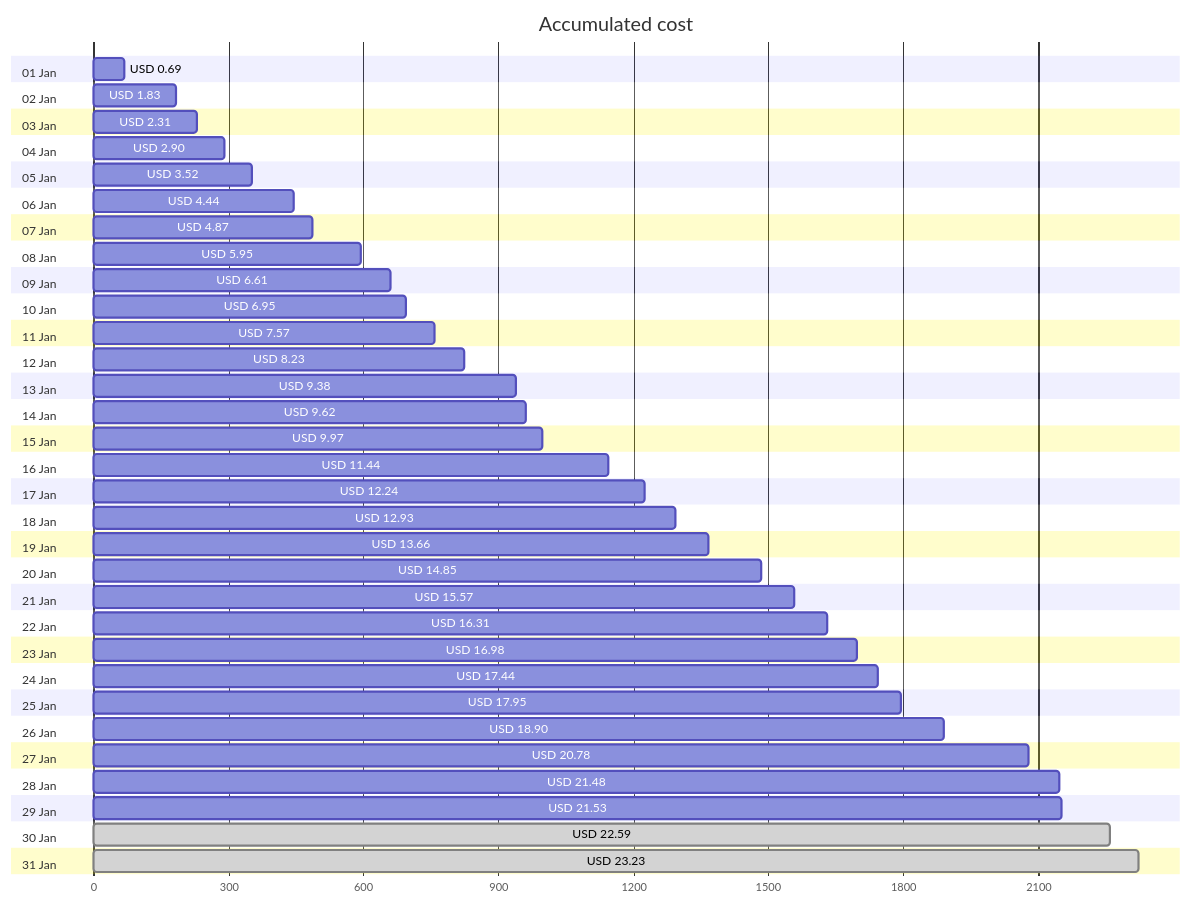
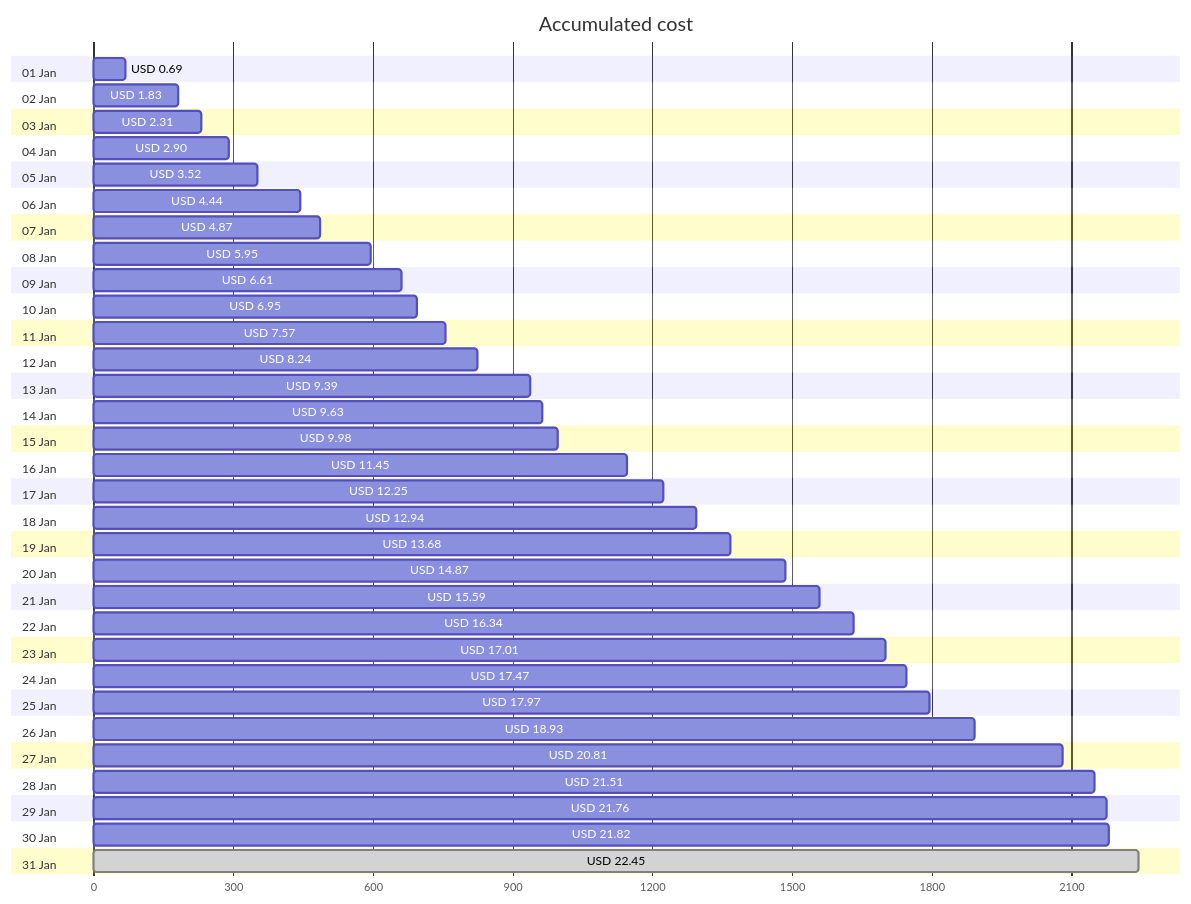
One commit to jpfulton/azure-personal-reports changed the first of 4 diagrams in cost-reports/personal-network/vpn-server.md. Above: the diagram before and after it, drawn with Mermaid. The commit also changed other lines of this file and 8 other files, not shown here.

````diff
--- a/cost-reports/personal-network/vpn-server.md
+++ b/cost-reports/personal-network/vpn-server.md
@@ -20,68 +20,68 @@
 ```mermaid
 gantt
    title Accumulated cost
    dateFormat  X
    axisFormat %s
    section 01 Jan
    USD 0.69 :0, 69
    section 02 Jan
    USD 1.83 :0, 183
    section 03 Jan
    USD 2.31 :0, 231
    section 04 Jan
    USD 2.90 :0, 290
    section 05 Jan
    USD 3.52 :0, 352
    section 06 Jan
    USD 4.44 :0, 444
    section 07 Jan
    USD 4.87 :0, 487
    section 08 Jan
    USD 5.95 :0, 595
    section 09 Jan
    USD 6.61 :0, 661
    section 10 Jan
    USD 6.95 :0, 695
    section 11 Jan
    USD 7.57 :0, 757
    section 12 Jan
-   USD 8.23 :0, 823
+   USD 8.24 :0, 824
    section 13 Jan
-   USD 9.38 :0, 938
+   USD 9.39 :0, 939
    section 14 Jan
-   USD 9.62 :0, 962
+   USD 9.63 :0, 963
    section 15 Jan
-   USD 9.97 :0, 997
+   USD 9.98 :0, 998
    section 16 Jan
-   USD 11.44 :0, 1144
+   USD 11.45 :0, 1145
    section 17 Jan
-   USD 12.24 :0, 1224
+   USD 12.25 :0, 1225
    section 18 Jan
-   USD 12.93 :0, 1293
+   USD 12.94 :0, 1294
    section 19 Jan
-   USD 13.66 :0, 1366
+   USD 13.68 :0, 1368
    section 20 Jan
-   USD 14.85 :0, 1485
+   USD 14.87 :0, 1487
    section 21 Jan
-   USD 15.57 :0, 1557
+   USD 15.59 :0, 1559
    section 22 Jan
-   USD 16.31 :0, 1631
+   USD 16.34 :0, 1634
    section 23 Jan
-   USD 16.98 :0, 1698
+   USD 17.01 :0, 1701
    section 24 Jan
-   USD 17.44 :0, 1744
+   USD 17.47 :0, 1747
    section 25 Jan
-   USD 17.95 :0, 1795
+   USD 17.97 :0, 1797
    section 26 Jan
-   USD 18.90 :0, 1890
+   USD 18.93 :0, 1893
    section 27 Jan
-   USD 20.78 :0, 2078
+   USD 20.81 :0, 2081
    section 28 Jan
-   USD 21.48 :0, 2148
+   USD 21.51 :0, 2151
    section 29 Jan
-   USD 21.53 :0, 2153
+   USD 21.76 :0, 2176
    section 30 Jan
-   USD 22.59 : done, 0, 2259
+   USD 21.82 :0, 2182
    section 31 Jan
-   USD 23.23 : done, 0, 2323
+   USD 22.45 : done, 0, 2245
 ```
````
